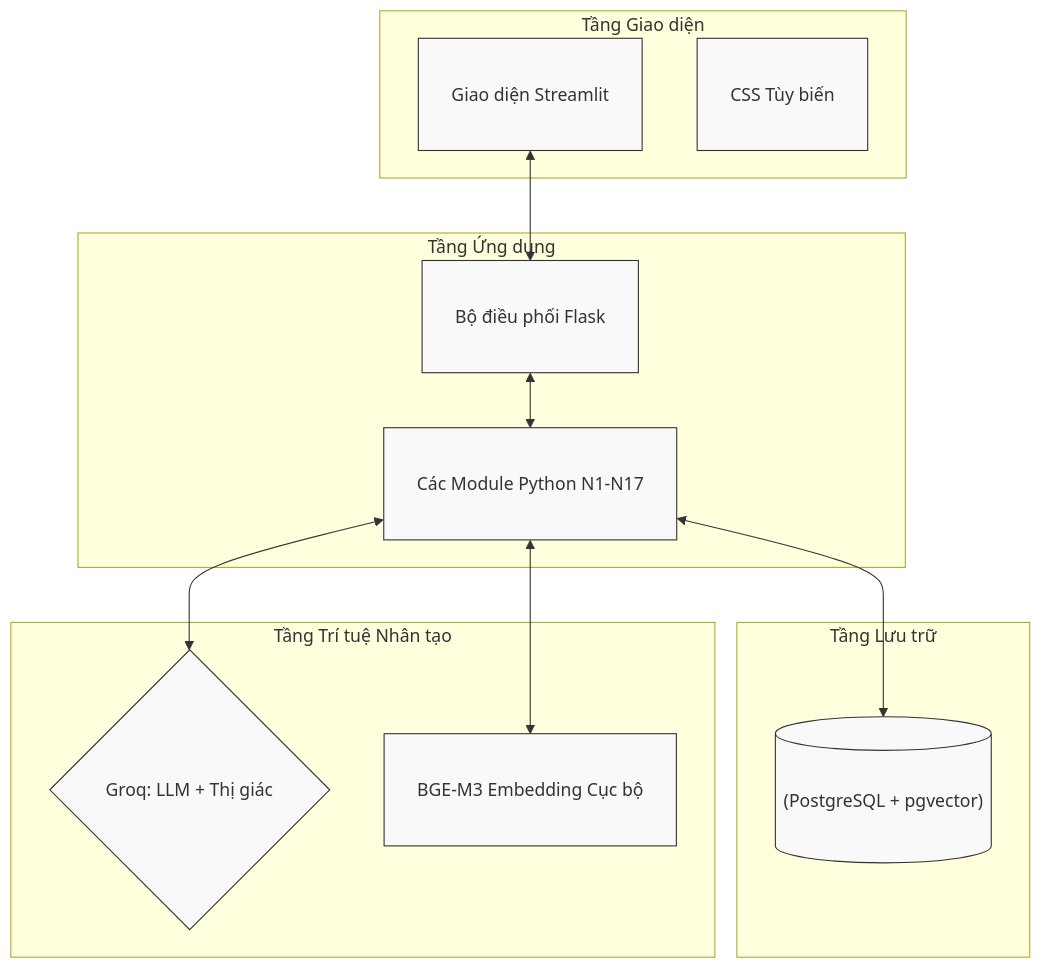
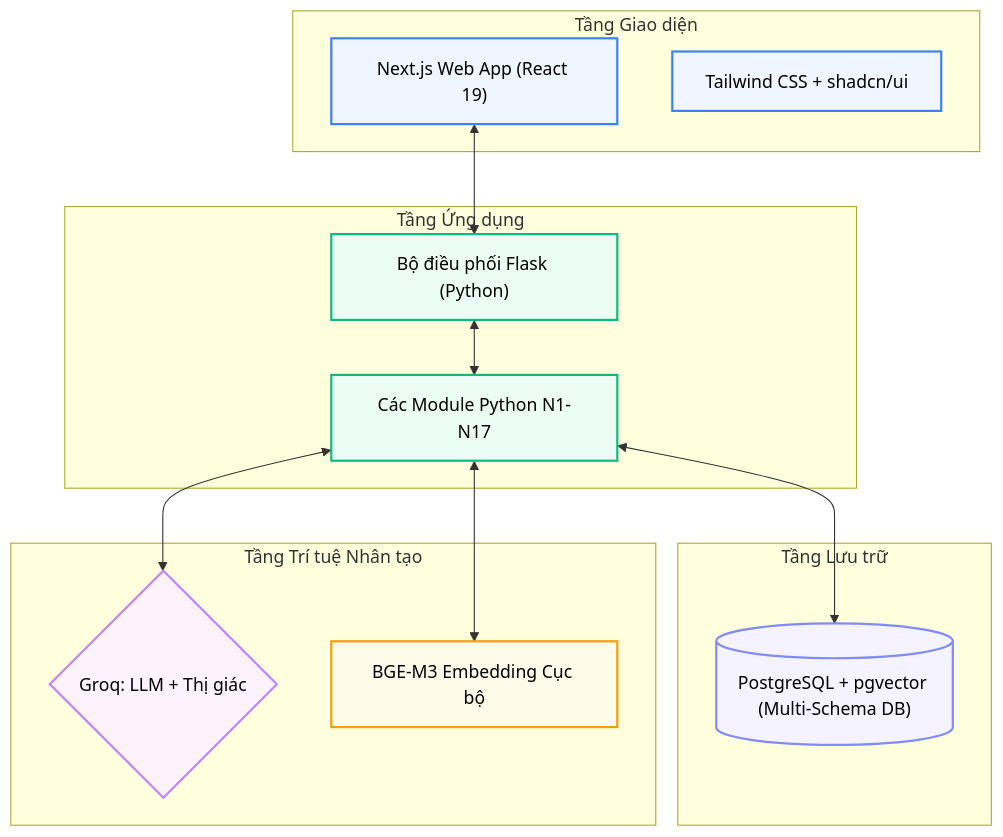
The diagram in docs/project/technology_stack.md (ltk6/travel-exp-planner), drawn with Mermaid before and after one commit. The commit also changed other lines of this file and 70 other files, not shown here.

````diff
--- a/docs/project/technology_stack.md
+++ b/docs/project/technology_stack.md
@@ -28,33 +28,34 @@
 ```mermaid
----
-config:
-  flowchart:
-    useMaxWidth: false
----
+%%{init: {'flowchart': {'useMaxWidth': false}}}%%
 graph TD
-    classDef default fill:#f9f9f9,stroke:#333,stroke-width:1px,padding-left:10px,padding-right:10px,white-space:nowrap;
+    classDef client fill:#eff6ff,stroke:#3b82f6,stroke-width:2px,color:#000000;
+    classDef app fill:#ecfdf5,stroke:#10b981,stroke-width:2px,color:#000000;
+    classDef db fill:#f5f3ff,stroke:#818cf8,stroke-width:2px,color:#000000;
+    classDef ai fill:#fffbeb,stroke:#f59e0b,stroke-width:2px,color:#000000;
+    classDef groq fill:#fdf2ff,stroke:#c084fc,stroke-width:2px,color:#000000;
+
     subgraph "Tầng Giao diện"
-        N7["Giao diện Streamlit"]
-        CSS["CSS Tùy biến"]
+        N16["Next.js Web App (React 19)"]:::client
+        CSS["Tailwind CSS + shadcn/ui"]:::client
     end
 
     subgraph "Tầng Ứng dụng"
-        N8["Bộ điều phối Flask"]
-        CORE["Các Module Python N1-N17"]
+        N8["Bộ điều phối Flask (Python)"]:::app
+        CORE["Các Module Python N1-N17"]:::app
     end
 
     subgraph "Tầng Lưu trữ"
-        N3[("(PostgreSQL + pgvector)")]
+        N3[("PostgreSQL + pgvector (Multi-Schema DB)")]:::db
     end
 
     subgraph "Tầng Trí tuệ Nhân tạo"
-        GROQ{"Groq: LLM + Thị giác"}
-        BGE["BGE-M3 Embedding Cục bộ"]
+        GROQ{"Groq: LLM + Thị giác"}:::groq
+        BGE["BGE-M3 Embedding Cục bộ"]:::ai
     end
 
-    N7 <--> N8
+    N16 <--> N8
     N8 <--> CORE
     CORE <--> N3
     CORE <--> GROQ
     CORE <--> BGE
 ```
````
